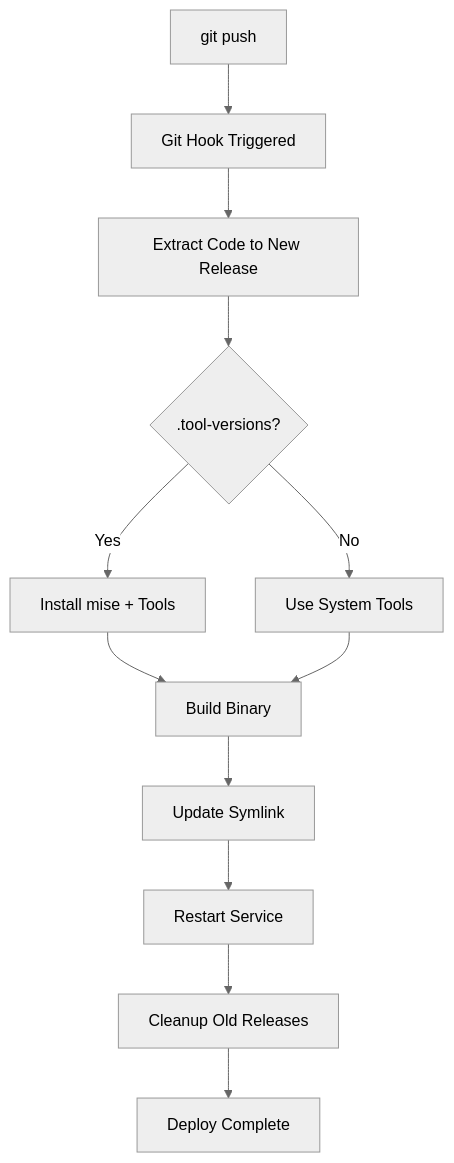
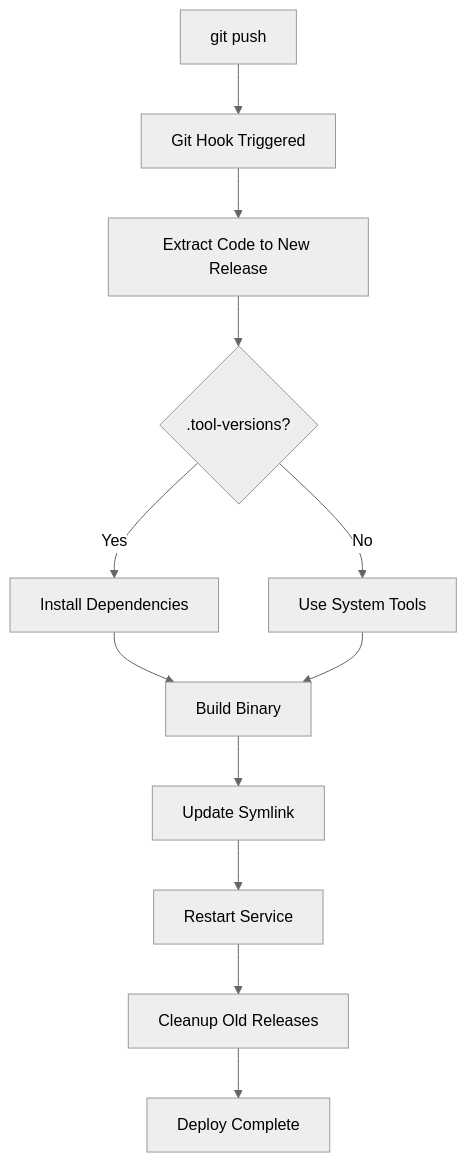
One commit to thadeu/gokku changed the first of 2 diagrams in docs/guide/deployment.md. Above: the diagram before and after it, drawn with Mermaid (neutral theme). The commit also changed other lines of this file and 55 other files, not shown here.

````diff
--- a/docs/guide/deployment.md
+++ b/docs/guide/deployment.md
@@ -82,14 +82,14 @@
 ```mermaid
 graph TD
     A[git push] --> B[Git Hook Triggered]
     B --> C[Extract Code to New Release]
     C --> D{.tool-versions?}
-    D -->|Yes| E[Install mise + Tools]
+    D -->|Yes| E[Install Dependencies]
     D -->|No| F[Use System Tools]
     E --> G[Build Binary]
     F --> G
     G --> H[Update Symlink]
     H --> I[Restart Service]
     I --> J[Cleanup Old Releases]
     J --> K[Deploy Complete]
 ```
````
